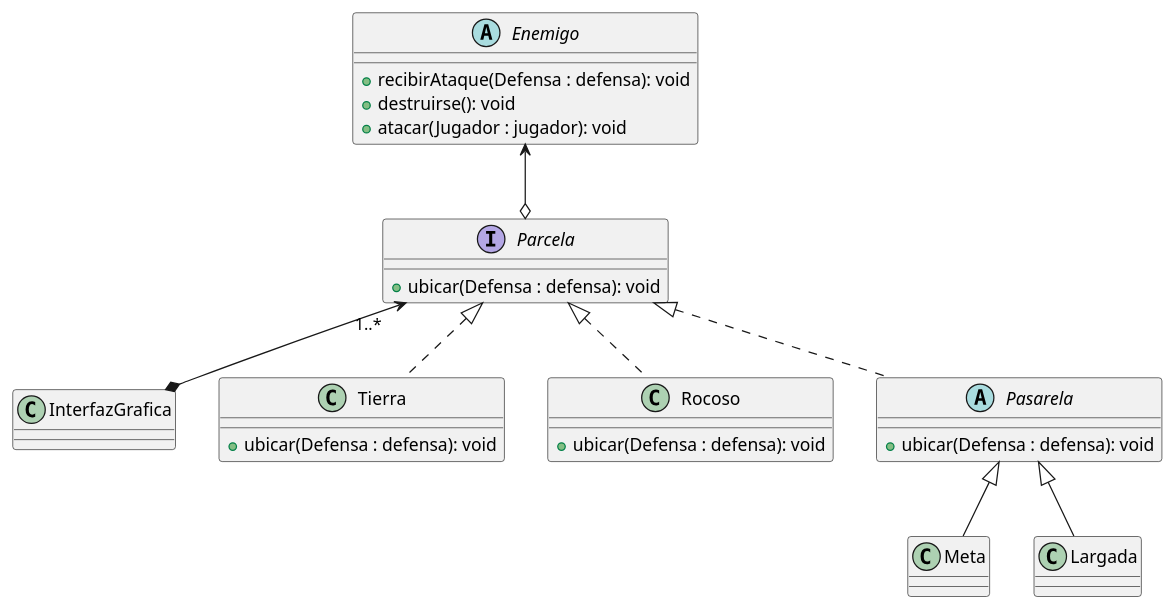
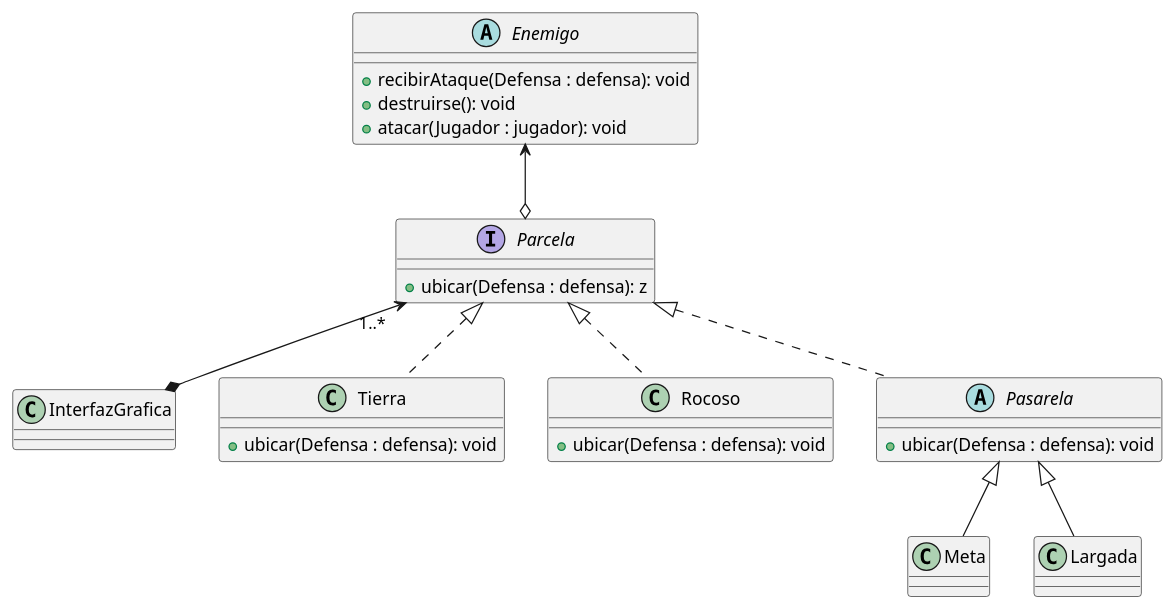
The diagram in diagrams/classes/Parcela_class_diagram.puml (franzimbi/algo3_tp2), drawn with PlantUML before and after one commit. The commit also changed 9 other files, not shown here.

```diff
--- a/diagrams/classes/Parcela_class_diagram.puml
+++ b/diagrams/classes/Parcela_class_diagram.puml
@@ -1,41 +1,41 @@
 @startuml
 'https://plantuml.com/class-diagram
 
 interface Parcela {
-    +ubicar(Defensa : defensa): void
+    +ubicar(Defensa : defensa): z
 }
 
 class InterfazGrafica {}
 
 class Tierra {
     +ubicar(Defensa : defensa): void
 }
 
 class Rocoso {
     +ubicar(Defensa : defensa): void
 }
 
 abstract class Pasarela {
     +ubicar(Defensa : defensa): void
 }
 
 class Meta {}
 class Largada {}
 
 abstract class Enemigo {
     +recibirAtaque(Defensa : defensa): void
     +destruirse(): void
     +atacar(Jugador : jugador): void
 }
 
 Parcela "1..*" <--*  InterfazGrafica
 Parcela <|.. Tierra
 Parcela <|.. Rocoso
 Parcela <|.. Pasarela
 
 Pasarela <|-- Meta
 Pasarela <|-- Largada
 Enemigo <--o Parcela
 
 
 @enduml
```
